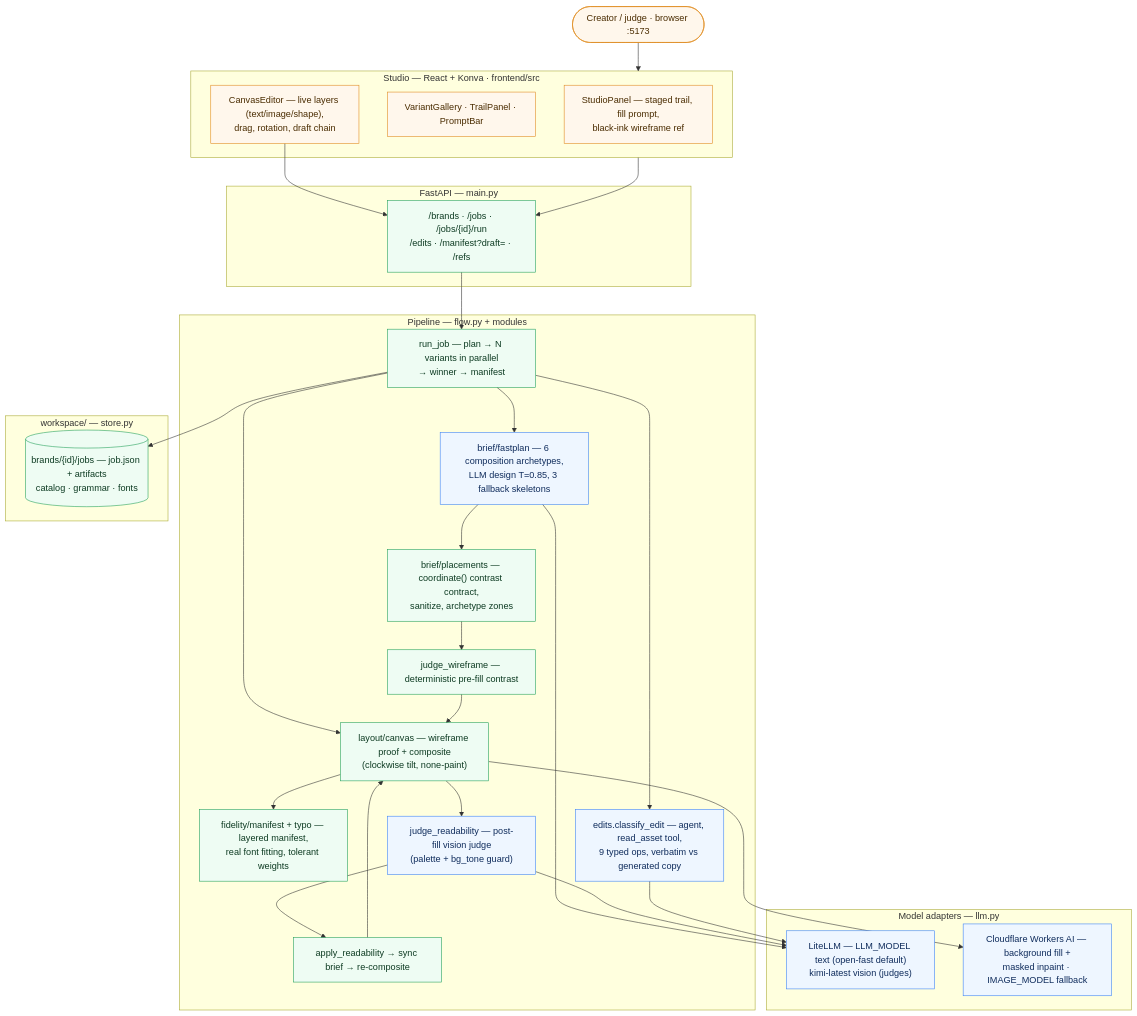
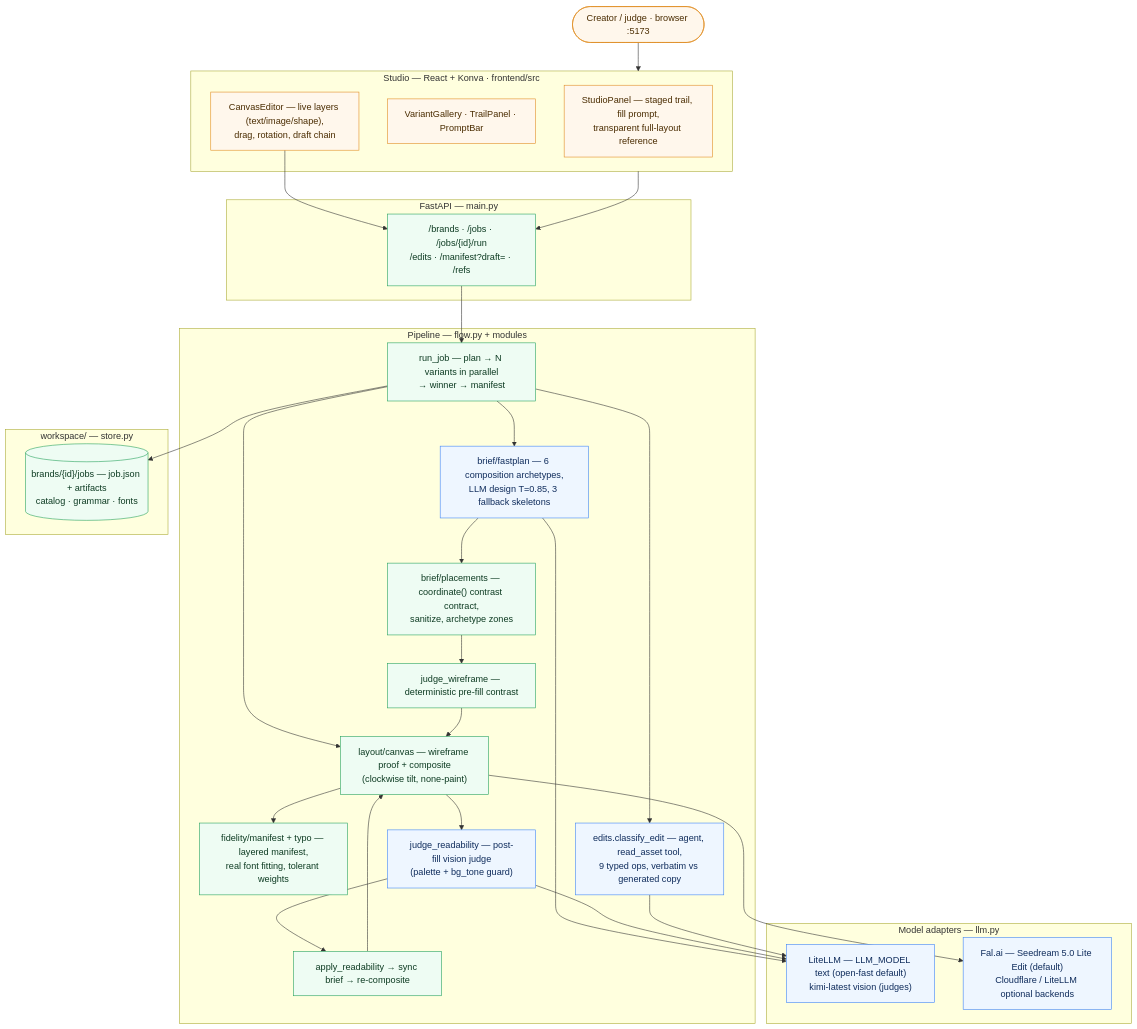
Before and after one commit to divinenaman/crux-hack: the first of 3 diagrams in docs/ARCHITECTURE.md, drawn with Mermaid. The commit also changed other lines of this file and 19 other files, not shown here.

First line of the commit message:
Improve layout-first background editing

````diff
--- a/docs/ARCHITECTURE.md
+++ b/docs/ARCHITECTURE.md
@@ -21,53 +21,53 @@
 ```mermaid
 flowchart TB
     classDef ui fill:#fff7ec,stroke:#e08a1e,color:#4a2c00
     classDef code fill:#eefcf3,stroke:#22a05a,color:#0d3b22
     classDef model fill:#eef6ff,stroke:#3b82f6,color:#0f2c5c
 
     U(["Creator / judge · browser :5173"]):::ui
 
     subgraph FE["Studio — React + Konva · frontend/src"]
-        ST["StudioPanel — staged trail, fill prompt,<br/>black-ink wireframe ref"]:::ui
+        ST["StudioPanel — staged trail, fill prompt,<br/>transparent full-layout reference"]:::ui
         VG["VariantGallery · TrailPanel · PromptBar"]:::ui
         CE["CanvasEditor — live layers (text/image/shape),<br/>drag, rotation, draft chain"]:::ui
     end
 
     subgraph API["FastAPI — main.py"]
         R["/brands · /jobs · /jobs/{id}/run<br/>/edits · /manifest?draft= · /refs"]:::code
     end
 
     subgraph CORE["Pipeline — flow.py + modules"]
         RJ["run_job — plan → N variants in parallel<br/>→ winner → manifest"]:::code
         FP["brief/fastplan — 6 composition archetypes,<br/>LLM design T=0.85, 3 fallback skeletons"]:::model
         PL["brief/placements — coordinate() contrast contract,<br/>sanitize, archetype zones"]:::code
         CV["layout/canvas — wireframe proof + composite<br/>(clockwise tilt, none-paint)"]:::code
         MN["fidelity/manifest + typo — layered manifest,<br/>real font fitting, tolerant weights"]:::code
         J1["judge_wireframe — deterministic pre-fill contrast"]:::code
         J2["judge_readability — post-fill vision judge<br/>(palette + bg_tone guard)"]:::model
         AP["apply_readability → sync brief → re-composite"]:::code
         CL["edits.classify_edit — agent, read_asset tool,<br/>9 typed ops, verbatim vs generated copy"]:::model
     end
 
     subgraph MODELS["Model adapters — llm.py"]
         LT["LiteLLM — LLM_MODEL text (open-fast default)<br/>kimi-latest vision (judges)"]:::model
-        CF["Cloudflare Workers AI — background fill +<br/>masked inpaint · IMAGE_MODEL fallback"]:::model
+        CF["Fal.ai — Seedream 5.0 Lite Edit (default)<br/>Cloudflare / LiteLLM optional backends"]:::model
     end
 
     subgraph DATA["workspace/ — store.py"]
         DB[("brands/{id}/jobs — job.json + artifacts<br/>catalog · grammar · fonts")]:::code
     end
 
     U --> FE
     FE --> R --> RJ
     RJ --> FP --> PL
     RJ --> CV --> MN
     PL --> J1 --> CV
     CV --> J2 --> AP --> CV
     RJ --> CL
     FP --> LT
     J2 --> LT
     CL --> LT
     CV --> CF
     RJ --> DB
     CE --> R
 ```
````
